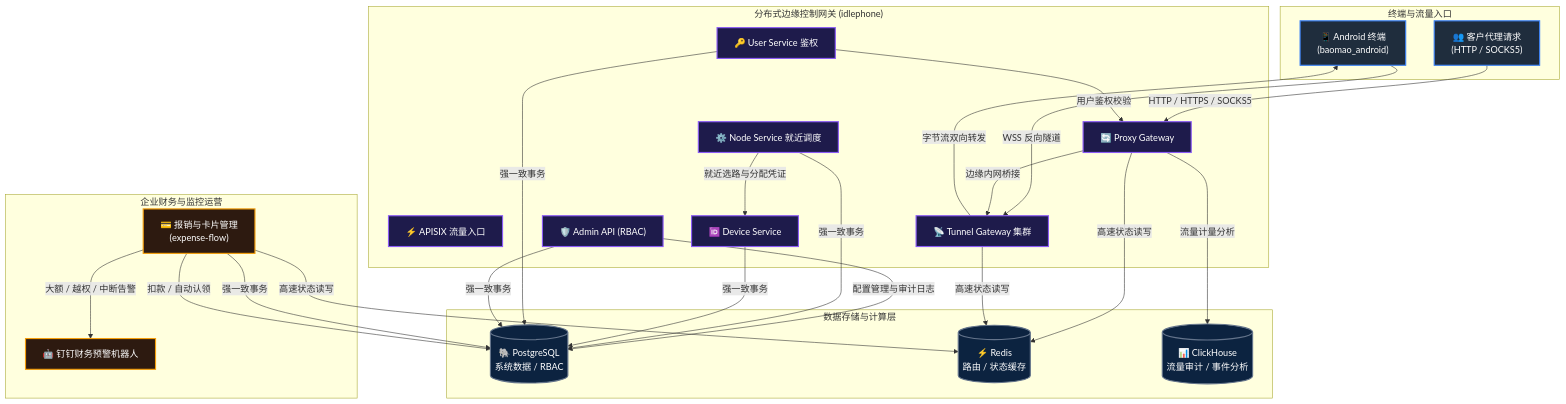
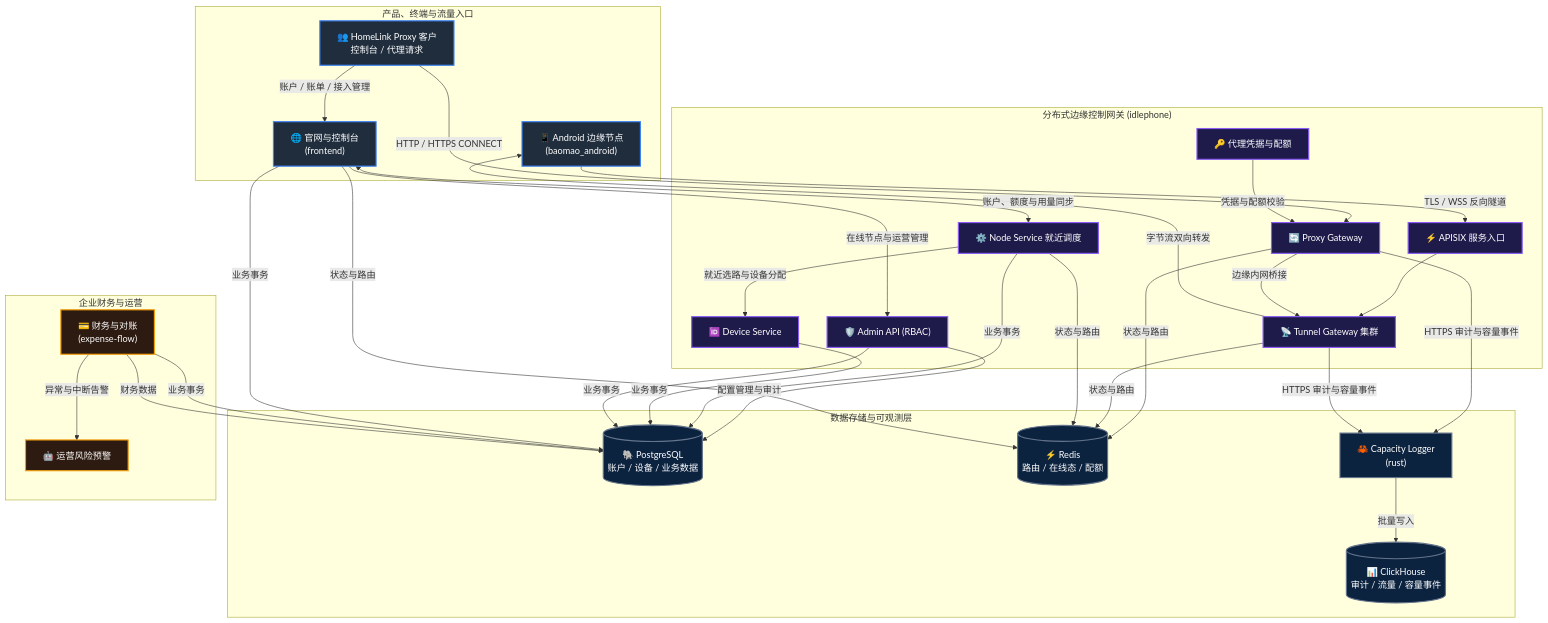
The diagram in profile/README.md (baoma-inc/.github), drawn with Mermaid before and after one commit. The commit also changed other lines of this file, not shown here.

Commit message:
docs: refresh organization profile copy

````diff
--- a/profile/README.md
+++ b/profile/README.md
@@ -68,49 +71,57 @@
 ```mermaid
 graph TD
     classDef client fill:#1f2d3d,stroke:#3b82f6,stroke-width:2px,color:#fff;
     classDef backend fill:#1e1b4b,stroke:#8b5cf6,stroke-width:2px,color:#fff;
     classDef ops fill:#2d1a10,stroke:#f59e0b,stroke-width:2px,color:#fff;
     classDef db fill:#0c2340,stroke:#64748b,stroke-width:2px,color:#fff;
 
-    subgraph "终端与流量入口"
-        Android["📱 Android 终端<br>(baomao_android)"]:::client
-        ProxyClient["👥 客户代理请求<br>(HTTP / SOCKS5)"]:::client
+    subgraph "产品、终端与流量入口"
+        Android["📱 Android 边缘节点<br>(baomao_android)"]:::client
+        Customer["👥 HomeLink Proxy 客户<br>控制台 / 代理请求"]:::client
+        Web["🌐 官网与控制台<br>(frontend)"]:::client
     end
 
     subgraph "分布式边缘控制网关 (idlephone)"
-        APISIX["⚡ APISIX 流量入口"]:::backend
+        APISIX["⚡ APISIX 服务入口"]:::backend
         ProxyGW["🔄 Proxy Gateway"]:::backend
         TunnelGW["📡 Tunnel Gateway 集群"]:::backend
         NodeSvc["⚙️ Node Service 就近调度"]:::backend
-        UserSvc["🔑 User Service 鉴权"]:::backend
+        Access["🔑 代理凭据与配额"]:::backend
         DeviceSvc["🆔 Device Service"]:::backend
         AdminApi["🛡️ Admin API (RBAC)"]:::backend
     end
 
-    subgraph "数据存储与计算层"
-        PG[("🐘 PostgreSQL<br>系统数据 / RBAC")]:::db
-        Redis[("⚡ Redis<br>路由 / 状态缓存")]:::db
-        CH[("📊 ClickHouse<br>流量审计 / 事件分析")]:::db
+    subgraph "数据存储与可观测层"
+        PG[("🐘 PostgreSQL<br>账户 / 设备 / 业务数据")]:::db
+        Redis[("⚡ Redis<br>路由 / 在线态 / 配额")]:::db
+        Logger["🦀 Capacity Logger<br>(rust)"]:::db
+        CH[("📊 ClickHouse<br>审计 / 流量 / 容量事件")]:::db
     end
 
-    subgraph "企业财务与监控运营"
-        ExpenseFlow["💳 报销与卡片管理<br>(expense-flow)"]:::ops
-        DingTalk["🤖 钉钉财务预警机器人"]:::ops
+    subgraph "企业财务与运营"
+        ExpenseFlow["💳 财务与对账<br>(expense-flow)"]:::ops
+        DingTalk["🤖 运营风险预警"]:::ops
     end
 
-    Android -->|WSS 反向隧道| TunnelGW
-    ProxyClient -->|HTTP / HTTPS / SOCKS5| ProxyGW
+    Customer -->|账户 / 账单 / 接入管理| Web
+    Customer -->|HTTP / HTTPS CONNECT| ProxyGW
+    Web <-->|账户、额度与用量同步| NodeSvc
+    Web -->|在线节点与运营管理| AdminApi
+
+    Android -->|TLS / WSS 反向隧道| APISIX
+    APISIX --> TunnelGW
     ProxyGW -->|边缘内网桥接| TunnelGW
     TunnelGW -->|字节流双向转发| Android
 
-    NodeSvc -->|就近选路与分配凭证| DeviceSvc
-    UserSvc -->|用户鉴权校验| ProxyGW
-    AdminApi -->|配置管理与审计日志| PG
+    NodeSvc -->|就近选路与设备分配| DeviceSvc
+    Access -->|凭据与配额校验| ProxyGW
+    AdminApi -->|配置管理与审计| PG
 
-    NodeSvc & DeviceSvc & UserSvc & AdminApi & ExpenseFlow -->|强一致事务| PG
-    ProxyGW & TunnelGW & ExpenseFlow -->|高速状态读写| Redis
-    ProxyGW -->|流量计量分析| CH
+    NodeSvc & DeviceSvc & AdminApi & Web & ExpenseFlow -->|业务事务| PG
+    ProxyGW & TunnelGW & NodeSvc & Web -->|状态与路由| Redis
+    ProxyGW & TunnelGW -->|HTTPS 审计与容量事件| Logger
+    Logger -->|批量写入| CH
 
-    ExpenseFlow -->|扣款 / 自动认领| PG
-    ExpenseFlow -->|大额 / 越权 / 中断告警| DingTalk
+    ExpenseFlow -->|财务数据| PG
+    ExpenseFlow -->|异常与中断告警| DingTalk
 ```
````
